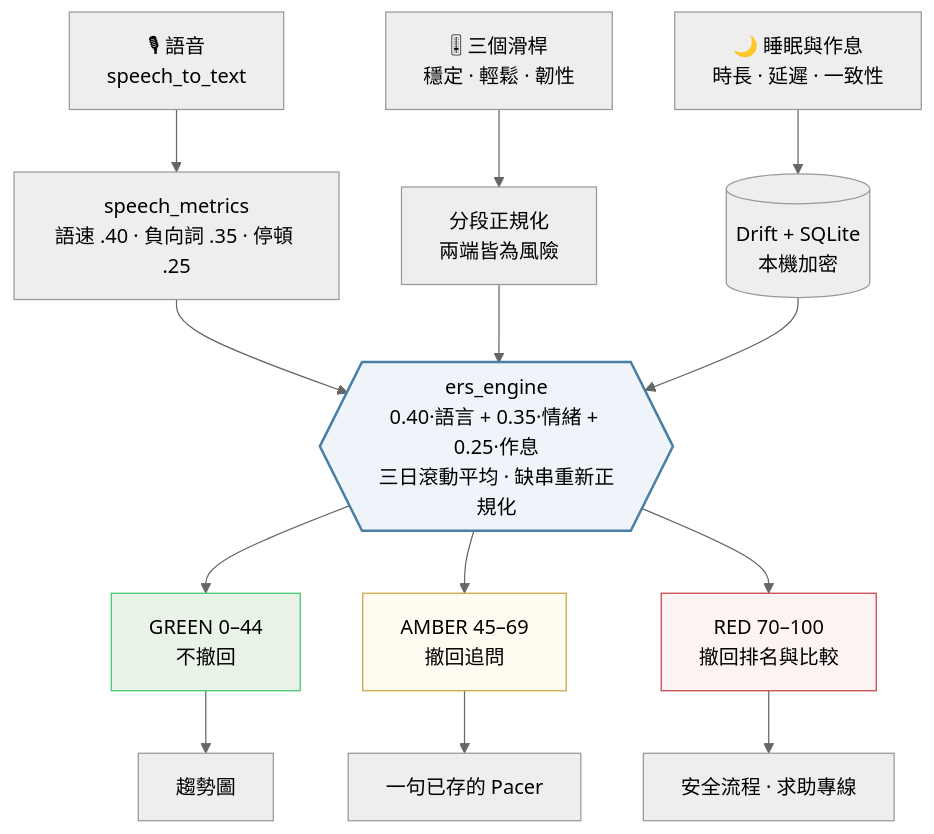
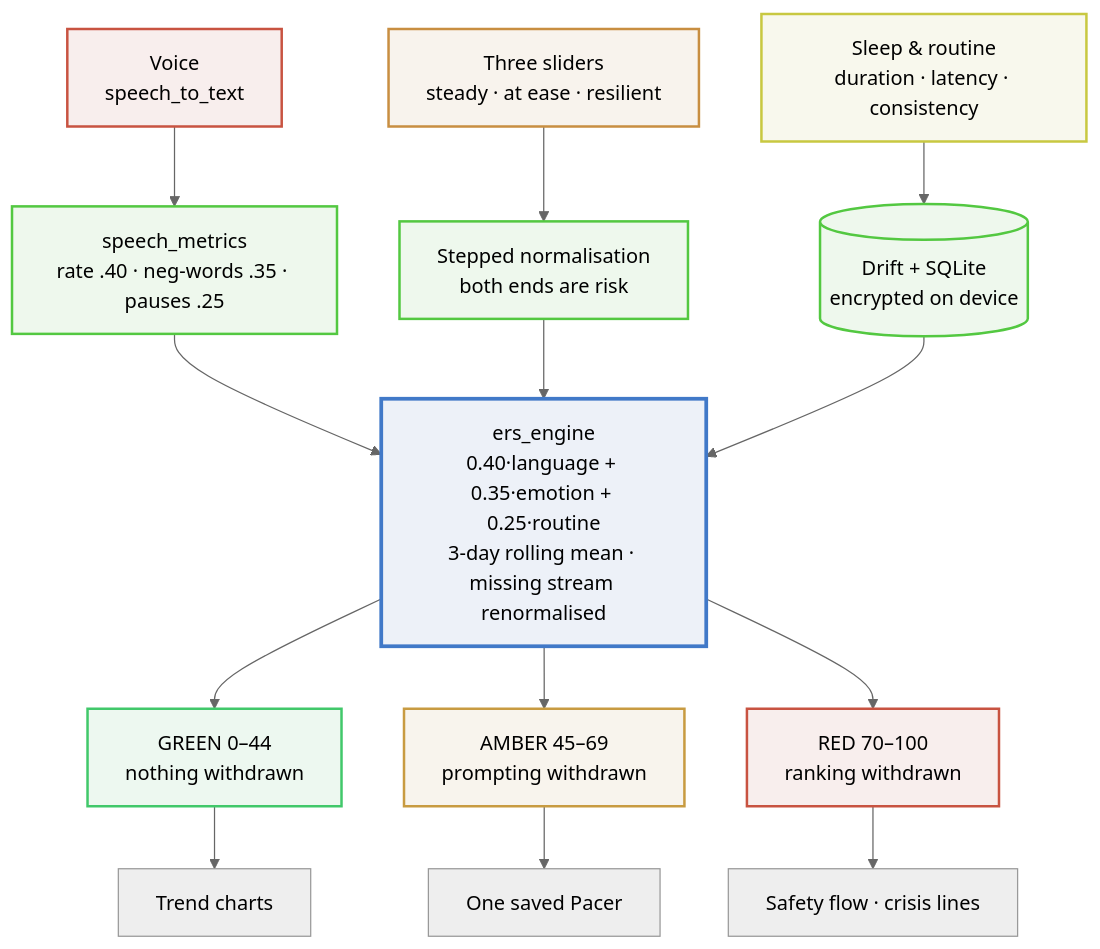
Before and after one commit to acacapcs-star/lii: the first of 3 diagrams in README.md, drawn with Mermaid (neutral theme). The commit also changed other lines of this file and 1 other file, not shown here.

Commit message:
docs: diagrams use the app palette, strictly bilingual

````diff
--- a/README.md
+++ b/README.md
@@ -676,38 +612,44 @@
 ```mermaid
 flowchart TD
-    V["🎙 語音<br/>speech_to_text"]
-    S["🎚 三個滑桿<br/>穩定 · 輕鬆 · 韌性"]
-    R["🌙 睡眠與作息<br/>時長 · 延遲 · 一致性"]
+    V["Voice<br/>speech_to_text"]
+    S["Three sliders<br/>steady · at ease · resilient"]
+    R["Sleep &amp; routine<br/>duration · latency · consistency"]
 
-    VM["speech_metrics<br/>語速 .40 · 負向詞 .35 · 停頓 .25"]
-    SN["分段正規化<br/>兩端皆為風險"]
-    DB[("Drift + SQLite<br/>本機加密")]
+    VM["speech_metrics<br/>rate .40 · neg-words .35 · pauses .25"]
+    SN["Stepped normalisation<br/>both ends are risk"]
+    DB[("Drift + SQLite<br/>encrypted on device")]
 
-    ENG{{"ers_engine<br/>0.40·語言 + 0.35·情緒 + 0.25·作息<br/>三日滾動平均 · 缺串重新正規化"}}
+    ENG["ers_engine<br/>0.40·language + 0.35·emotion + 0.25·routine<br/>3-day rolling mean · missing stream renormalised"]
 
-    G["GREEN 0–44<br/>不撤回"]
-    A["AMBER 45–69<br/>撤回追問"]
-    RD["RED 70–100<br/>撤回排名與比較"]
+    G["GREEN 0–44<br/>nothing withdrawn"]
+    A["AMBER 45–69<br/>prompting withdrawn"]
+    RD["RED 70–100<br/>ranking withdrawn"]
 
-    T1["趨勢圖"]
-    T2["一句已存的 Pacer"]
-    T3["安全流程 · 求助專線"]
+    T1["Trend charts"]
+    T2["One saved Pacer"]
+    T3["Safety flow · crisis lines"]
 
     V --> VM
     S --> SN
     R --> DB
     VM --> ENG
     SN --> ENG
     DB --> ENG
     ENG --> G
     ENG --> A
     ENG --> RD
     G --> T1
     A --> T2
     RD --> T3
 
-    style ENG fill:#eef4f9,stroke:#4a7fa5,stroke-width:2px
-    style G fill:#e9f3e7,stroke:#41c86f
-    style A fill:#fffbf0,stroke:#c8a341
-    style RD fill:#fdf3f3,stroke:#c84147
+    style V fill:#F8EEED,stroke:#C85341,stroke-width:2px
+    style S fill:#F8F3ED,stroke:#C88E41,stroke-width:2px
+    style R fill:#F8F8ED,stroke:#C8C841,stroke-width:2px
+    style VM fill:#EEF8ED,stroke:#53C841,stroke-width:2px
+    style SN fill:#EEF8ED,stroke:#53C841,stroke-width:2px
+    style DB fill:#EEF8ED,stroke:#53C841,stroke-width:2px
+    style ENG fill:#EDF1F8,stroke:#4179C8,stroke-width:3px
+    style G fill:#EDF8F0,stroke:#41C86A,stroke-width:2px
+    style A fill:#F8F4ED,stroke:#C89B41,stroke-width:2px
+    style RD fill:#F8EEED,stroke:#C85341,stroke-width:2px
 ```
````
